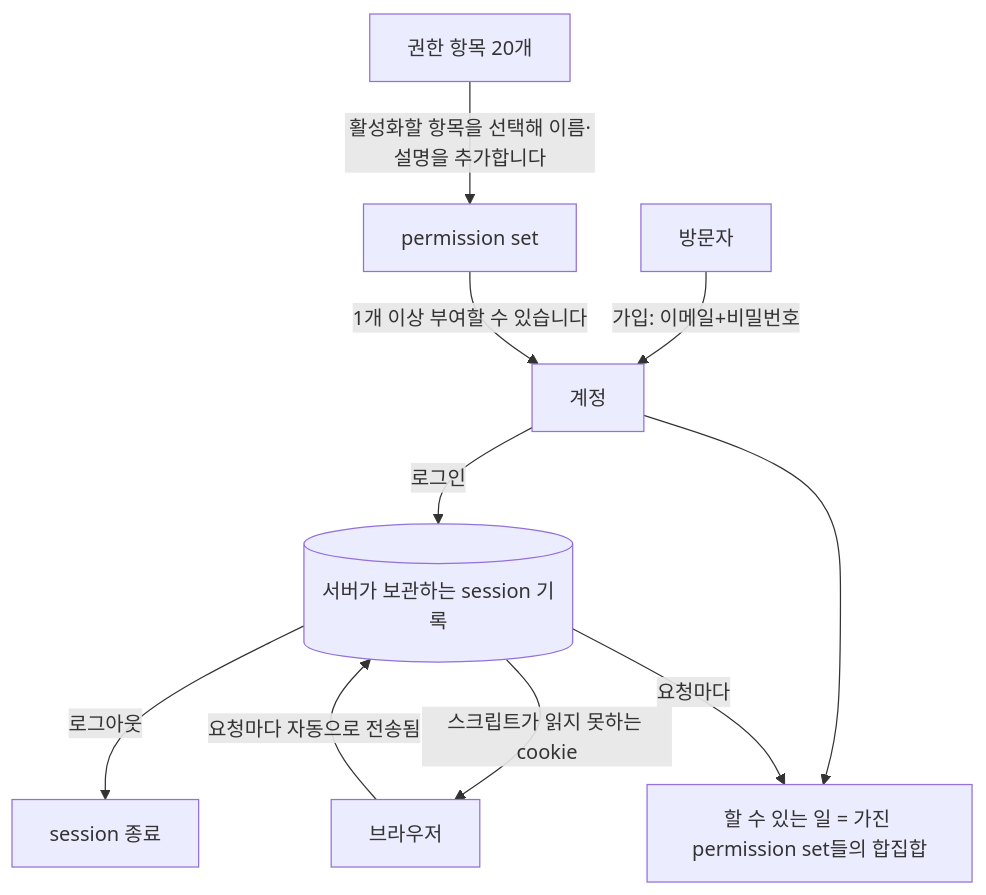
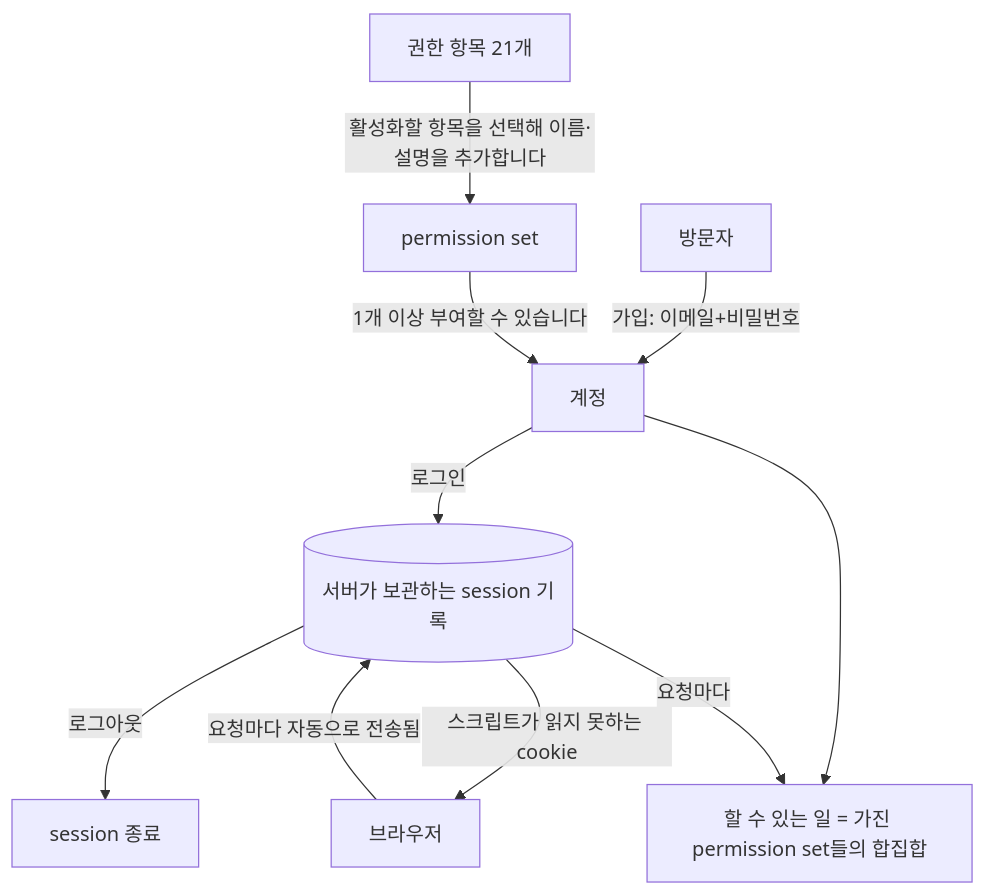
One commit to minkong-dev/Banblit changed the first of 4 diagrams in .cluedoc/accounts-and-roles/README.md. Above: the diagram before and after it, drawn with Mermaid. The commit also changed other lines of this file and 14 other files, not shown here.

````diff
--- a/.cluedoc/accounts-and-roles/README.md
+++ b/.cluedoc/accounts-and-roles/README.md
@@ -53,12 +54,12 @@
 ```mermaid
 flowchart TD
     V[방문자] -->|가입: 이메일+비밀번호| U[계정]
     U -->|로그인| S[(서버가 보관하는 session 기록)]
     S -->|스크립트가 읽지 못하는 cookie| B[브라우저]
     B -->|요청마다 자동으로 전송됨| S
     S -->|로그아웃| X[session 종료]
-    I[권한 항목 20개] -->|활성화할 항목을 선택해 이름·설명을 추가합니다| P[permission set]
+    I[권한 항목 21개] -->|활성화할 항목을 선택해 이름·설명을 추가합니다| P[permission set]
     P -->|1개 이상 부여할 수 있습니다| U
     U --> C[할 수 있는 일 = 가진 permission set들의 합집합]
     S -->|요청마다| C
 ```
````
